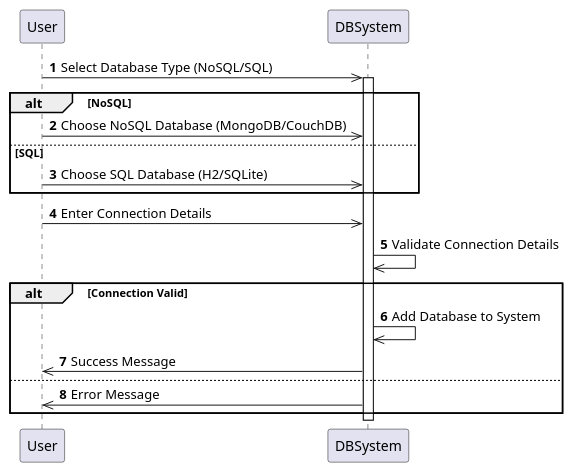
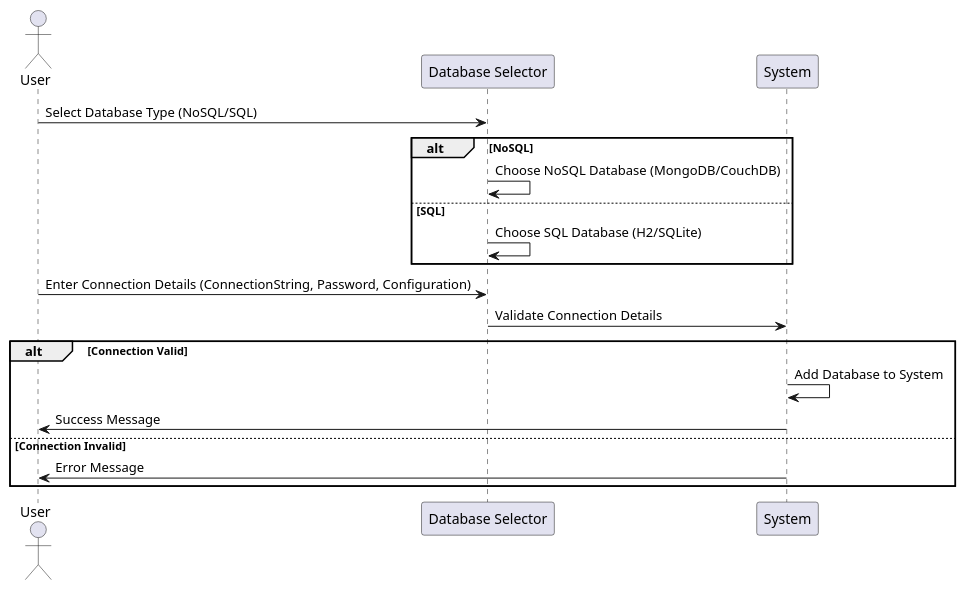
Before and after one commit to adam-omah/Final-Year-Project-Documents: the diagram in PlantUML/SequenceDiagrams/AddDatabase_Sequence.puml, drawn with PlantUML. The commit also changed 18 other files, not shown here.

```diff
--- a/PlantUML/SequenceDiagrams/AddDatabase_Sequence.puml
+++ b/PlantUML/SequenceDiagrams/AddDatabase_Sequence.puml
@@ -1,29 +1,23 @@
 @startuml
-'https://plantuml.com/sequence-diagram
 
-autonumber
+actor User
+participant "Database Selector" as dbSelector
+participant "System" as system
 
-participant User
-participant DBSystem
-
-User->>DBSystem: Select Database Type (NoSQL/SQL)
-activate DBSystem
-
+User -> dbSelector : Select Database Type (NoSQL/SQL)
 alt NoSQL
-    User->>DBSystem: Choose NoSQL Database (MongoDB/CouchDB)
+    dbSelector -> dbSelector : Choose NoSQL Database (MongoDB/CouchDB)
 else SQL
-    User->>DBSystem: Choose SQL Database (H2/SQLite)
+    dbSelector -> dbSelector : Choose SQL Database (H2/SQLite)
 end
 
-User->>DBSystem: Enter Connection Details
-DBSystem->>DBSystem: Validate Connection Details
-
+User -> dbSelector : Enter Connection Details (ConnectionString, Password, Configuration)
+dbSelector -> system : Validate Connection Details
 alt Connection Valid
-    DBSystem->>DBSystem: Add Database to System
-    DBSystem->>User: Success Message
-else
-    DBSystem->>User: Error Message
+    system -> system : Add Database to System
+    system -> User : Success Message
+else Connection Invalid
+    system -> User : Error Message
 end
 
-deactivate DBSystem
 @enduml
```
